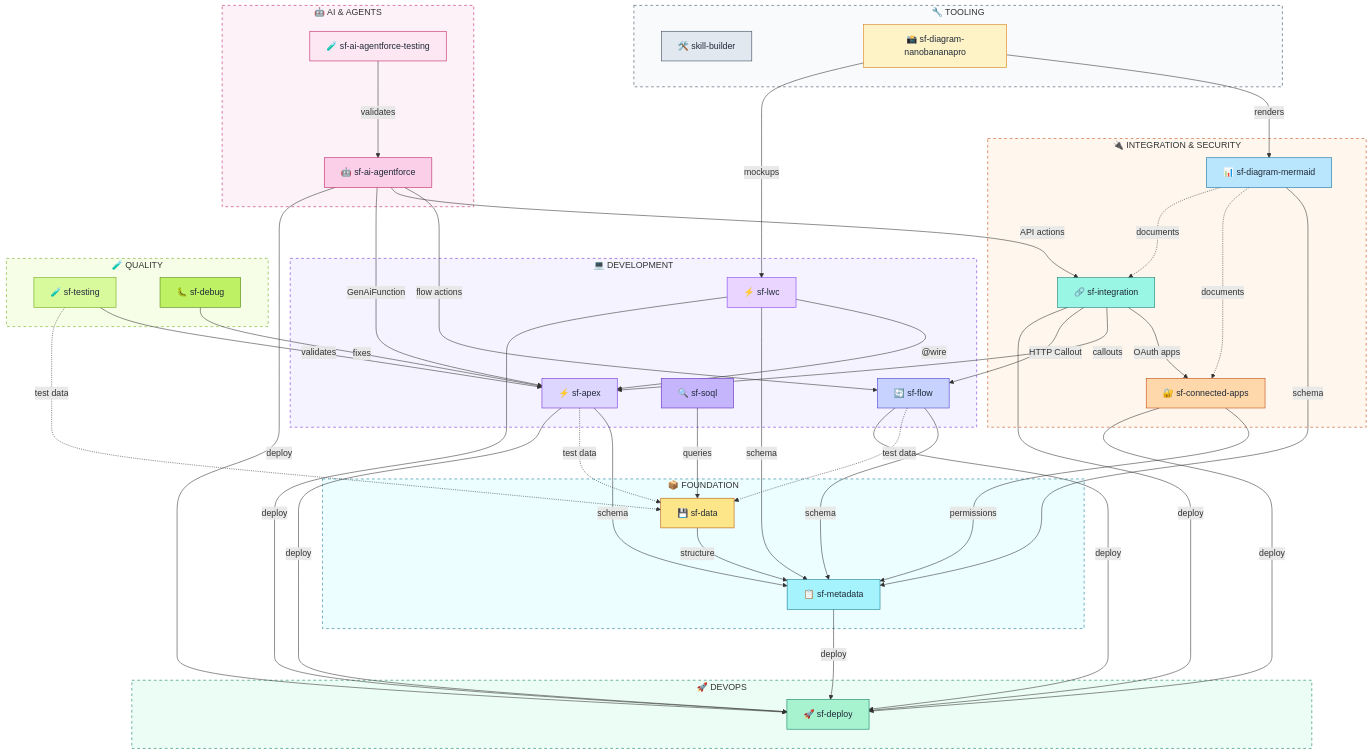
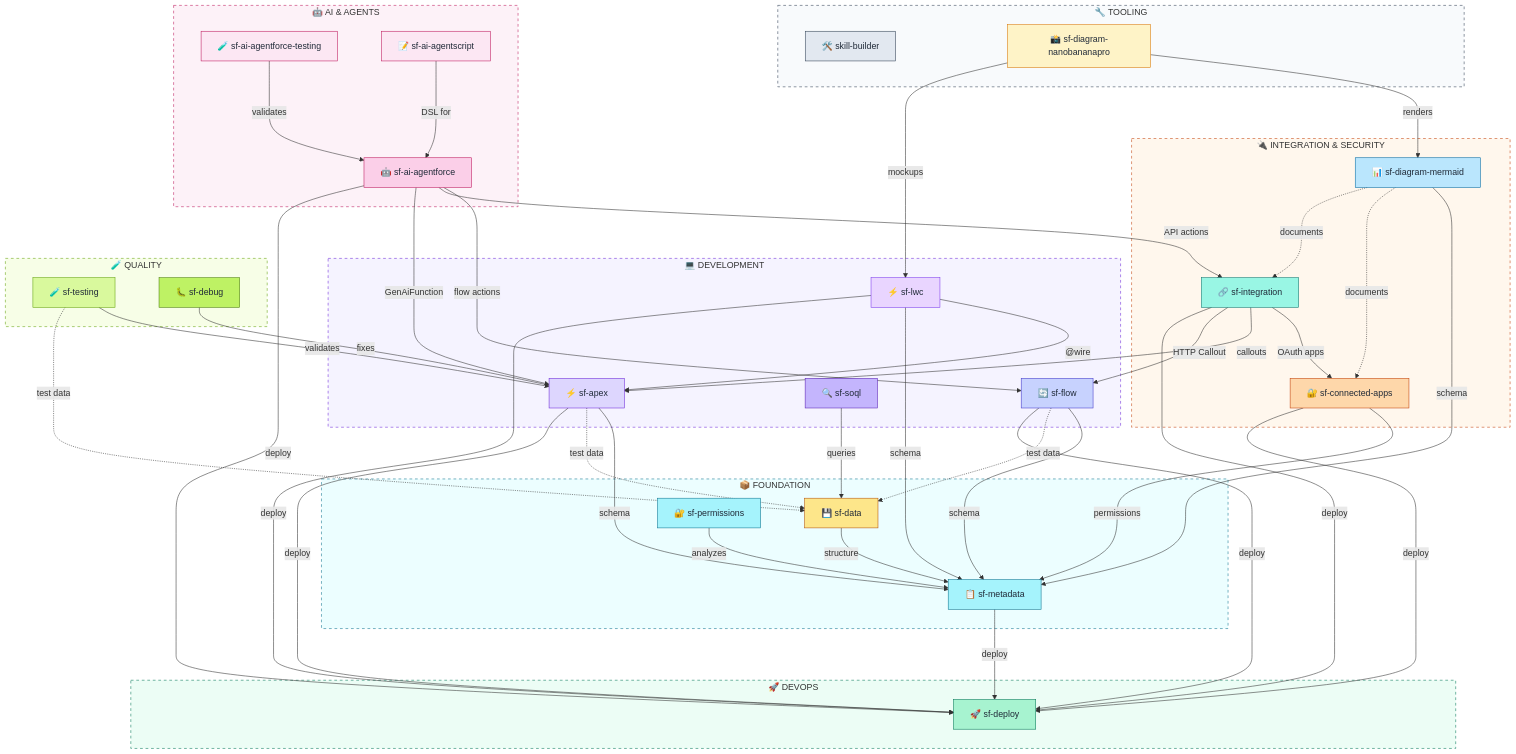
Before and after one commit to DevZonayed/nexalance-skill-jaganpro-sf-skills: the diagram in README.md, drawn with Mermaid. The commit also changed other lines of this file, not shown here.

```diff
--- a/README.md
+++ b/README.md
@@ -334,6 +336,7 @@
     subgraph ai["🤖 AI & AGENTS"]
         agentforce["🤖 sf-ai-agentforce"]
         agentforcetesting["🧪 sf-ai-agentforce-testing"]
+        agentscript["📝 sf-ai-agentscript"]
     end
 
     subgraph integration["🔌 INTEGRATION & SECURITY"]
@@ -357,6 +360,7 @@
     subgraph foundation["📦 FOUNDATION"]
         metadata["📋 sf-metadata"]
         data["💾 sf-data"]
+        permissions["🔐 sf-permissions"]
     end
 
     subgraph devops["🚀 DEVOPS"]
@@ -373,6 +377,7 @@
     agentforce -->|"API actions"| sfintegration
     agentforce -->|"GenAiFunction"| apex
     agentforcetesting -->|"validates"| agentforce
+    agentscript -->|"DSL for"| agentforce
 
     %% Integration relationships
     sfintegration -->|"OAuth apps"| connectedapps
@@ -401,6 +406,7 @@
 
     %% Foundation relationships
     data -->|"structure"| metadata
+    permissions -->|"analyzes"| metadata
 
     %% Deployment - all skills can deploy via sf-deploy
     apex -->|"deploy"| deploy
@@ -414,6 +420,7 @@
     %% Styling - AI (pink-200)
     style agentforce fill:#fbcfe8,stroke:#be185d,color:#1f2937
     style agentforcetesting fill:#fce7f3,stroke:#be185d,color:#1f2937
+    style agentscript fill:#fce7f3,stroke:#be185d,color:#1f2937
 
     %% Styling - Integration (orange-200/teal-200/sky-200)
     style connectedapps fill:#fed7aa,stroke:#c2410c,color:#1f2937
@@ -433,6 +440,7 @@
     %% Styling - Foundation (cyan-200/amber-200)
     style metadata fill:#a5f3fc,stroke:#0e7490,color:#1f2937
     style data fill:#fde68a,stroke:#b45309,color:#1f2937
+    style permissions fill:#a5f3fc,stroke:#0e7490,color:#1f2937
 
     %% Styling - DevOps (emerald-200)
     style deploy fill:#a7f3d0,stroke:#047857,color:#1f2937
```
